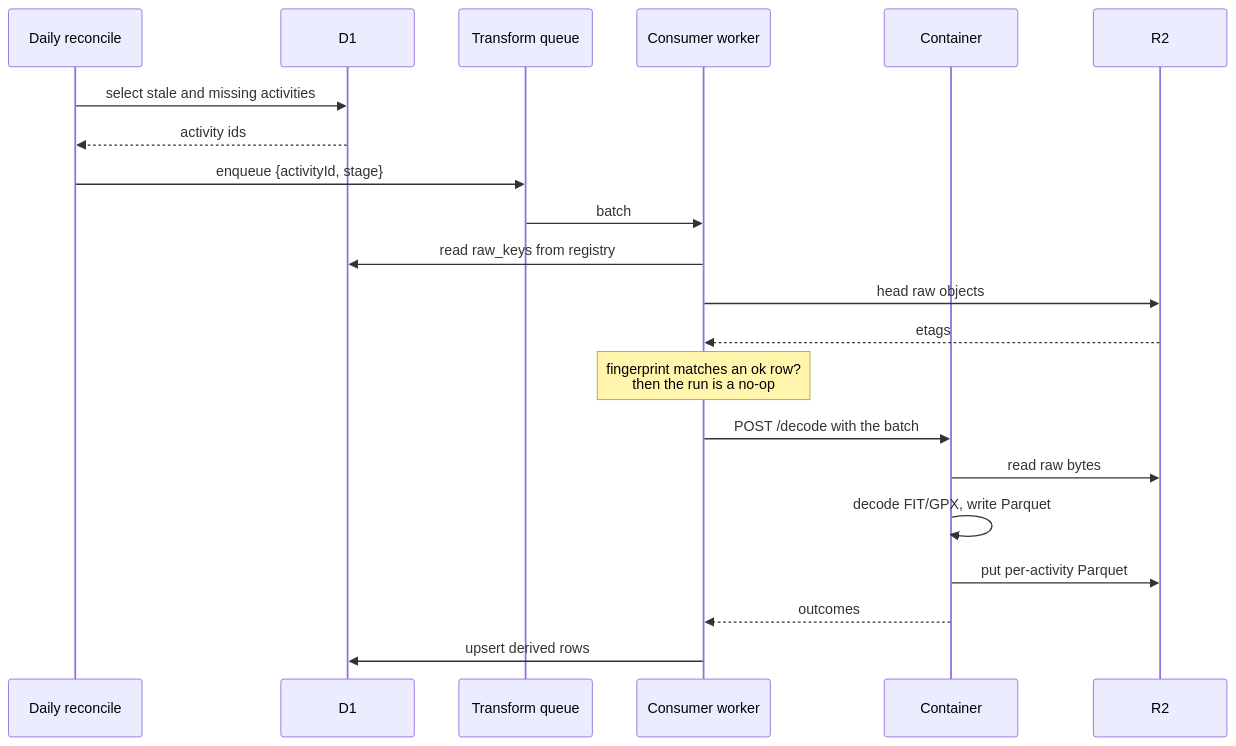
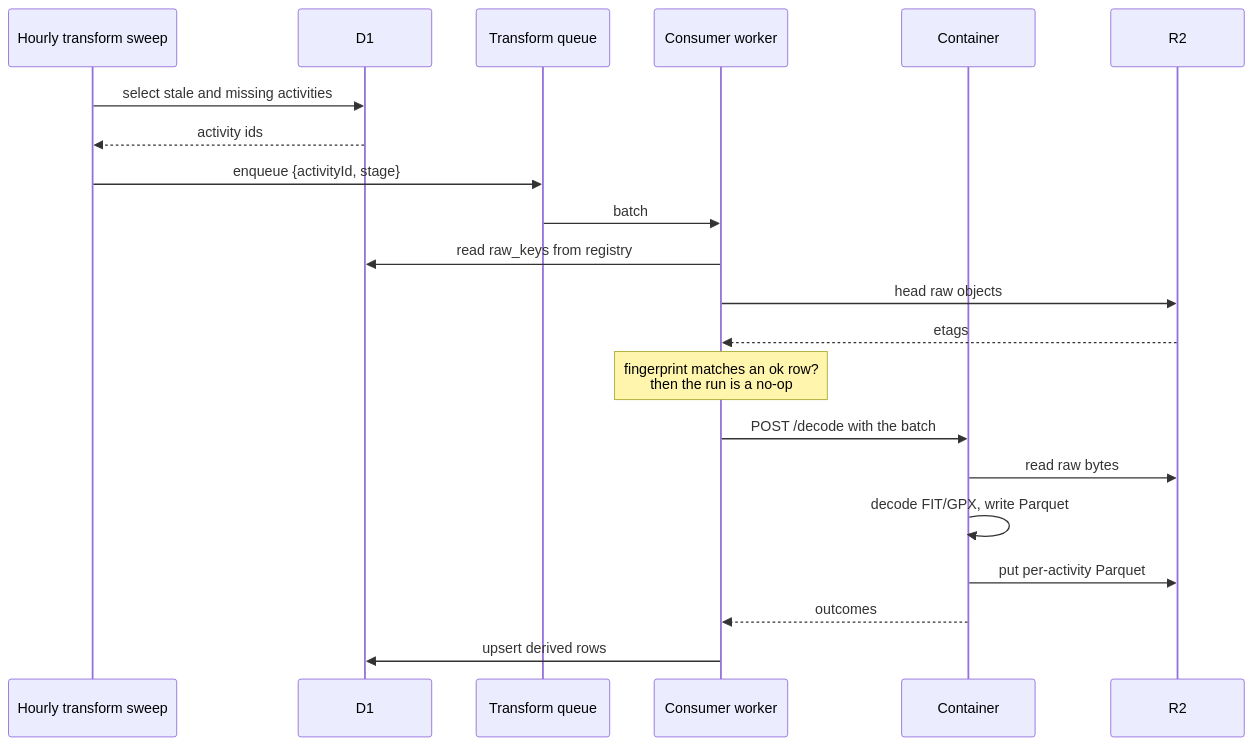
The second of 2 diagrams in README.md (bendrucker/activity-hub), drawn with Mermaid before and after one commit. The commit also changed other lines of this file and 3 other files, not shown here.

````diff
--- a/README.md
+++ b/README.md
@@ -109,25 +111,25 @@
 ```mermaid
 sequenceDiagram
-    participant Cron as Daily reconcile
+    participant Cron as Hourly transform sweep
     participant D1 as D1
     participant Q as Transform queue
     participant W as Consumer worker
     participant C as Container
     participant R2 as R2
 
     Cron->>D1: select stale and missing activities
     D1-->>Cron: activity ids
     Cron->>Q: enqueue {activityId, stage}
 
     Q->>W: batch
     W->>D1: read raw_keys from registry
     W->>R2: head raw objects
     R2-->>W: etags
     Note over W: fingerprint matches an ok row?<br/>then the run is a no-op
     W->>C: POST /decode with the batch
     C->>R2: read raw bytes
     C->>C: decode FIT/GPX, write Parquet
     C->>R2: put per-activity Parquet
     C-->>W: outcomes
     W->>D1: upsert derived rows
 ```
````
